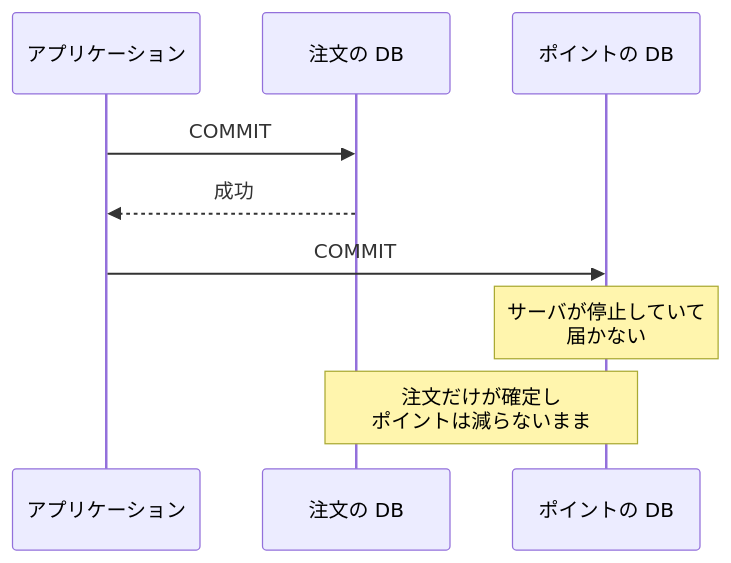
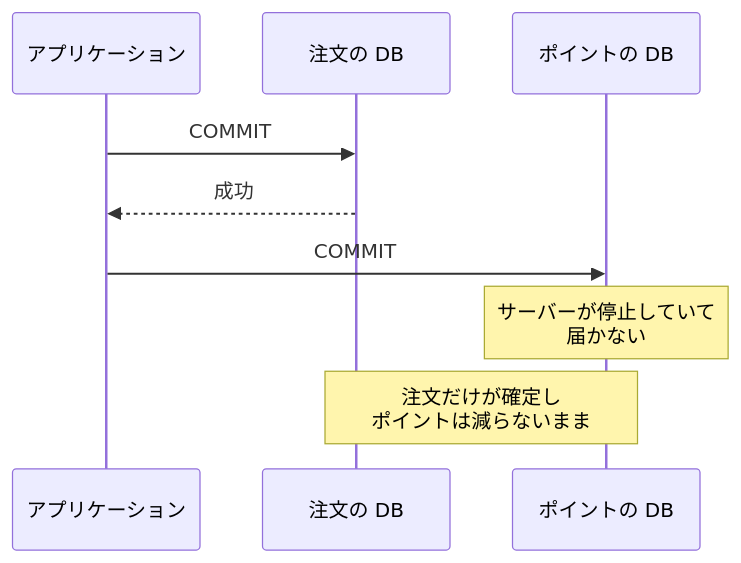
One commit to nao1215/debimate changed the first of 6 diagrams in content/notes/distributed-systems/two-phase-commit/index.md. Above: the diagram before and after it, drawn with Mermaid. The commit also changed other lines of this file and 56 other files, not shown here.

````diff
--- a/content/notes/distributed-systems/two-phase-commit/index.md
+++ b/content/notes/distributed-systems/two-phase-commit/index.md
@@ -26,11 +26,11 @@
 ```mermaid
 sequenceDiagram
     participant A as アプリケーション
     participant D1 as 注文の DB
     participant D2 as ポイントの DB
     A->>D1: COMMIT
     D1-->>A: 成功
     A->>D2: COMMIT
-    Note over D2: サーバが停止していて<br/>届かない
+    Note over D2: サーバーが停止していて<br/>届かない
     Note over D1,D2: 注文だけが確定し<br/>ポイントは減らないまま
 ```
````
